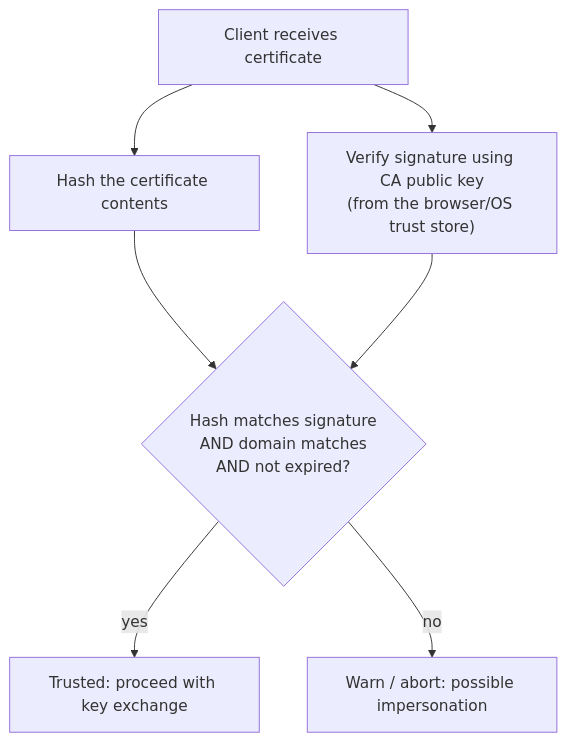
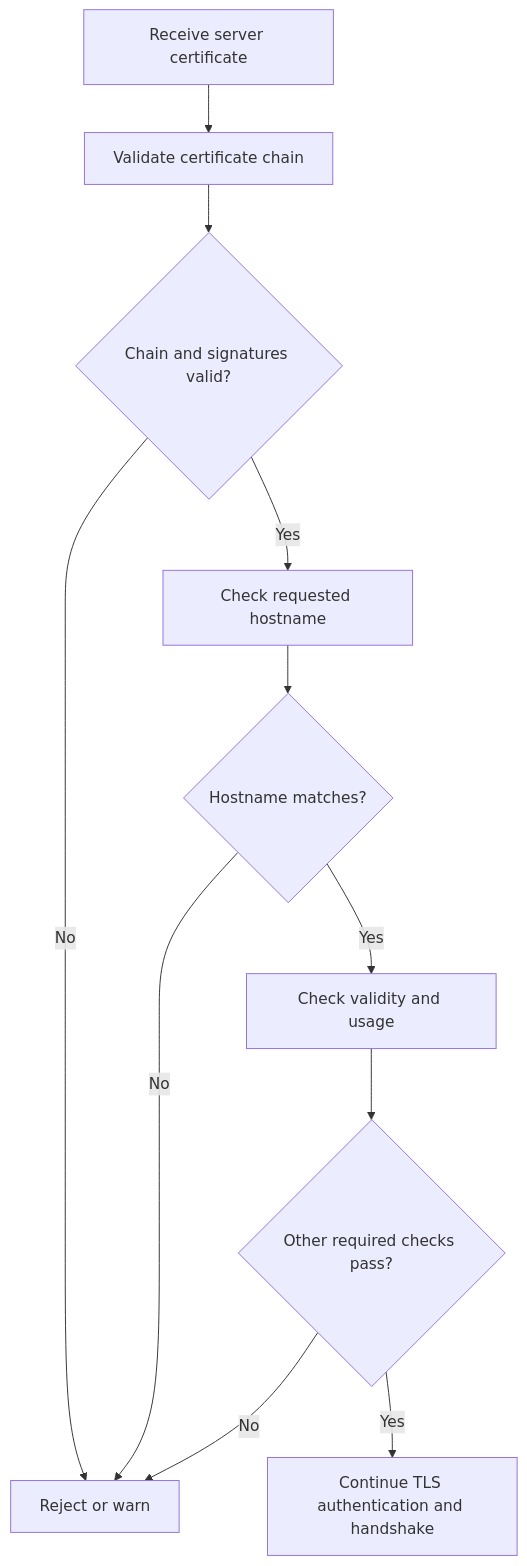
One commit to HARRISAMIN432/system-design-hld changed the tenth of 13 diagrams in 13_How_HTTPs_Works/README.md. Above: the diagram before and after it, drawn with Mermaid. The commit also changed other lines of this file and 11 other files, not shown here.

````diff
--- a/13_How_HTTPs_Works/README.md
+++ b/13_How_HTTPs_Works/README.md
@@ -224,9 +614,16 @@
 ```mermaid
 flowchart TD
-    A["Client receives certificate"] --> B["Hash the certificate contents"]
-    A --> C["Verify signature using CA public key<br/>(from the browser/OS trust store)"]
-    B --> D{"Hash matches signature<br/>AND domain matches<br/>AND not expired?"}
-    C --> D
-    D -- "yes" --> E["Trusted: proceed with key exchange"]
-    D -- "no" --> F["Warn / abort: possible impersonation"]
+    A["Receive server certificate"] --> B["Validate certificate chain"]
+    B --> C{"Chain and signatures valid?"}
+    
+    C -->|"No"| X["Reject or warn"]
+    C -->|"Yes"| D["Check requested hostname"]
+    
+    D --> E{"Hostname matches?"}
+    E -->|"No"| X
+    E -->|"Yes"| F["Check validity and usage"]
+    
+    F --> G{"Other required checks pass?"}
+    G -->|"No"| X
+    G -->|"Yes"| H["Continue TLS authentication and handshake"]
 ```
````
